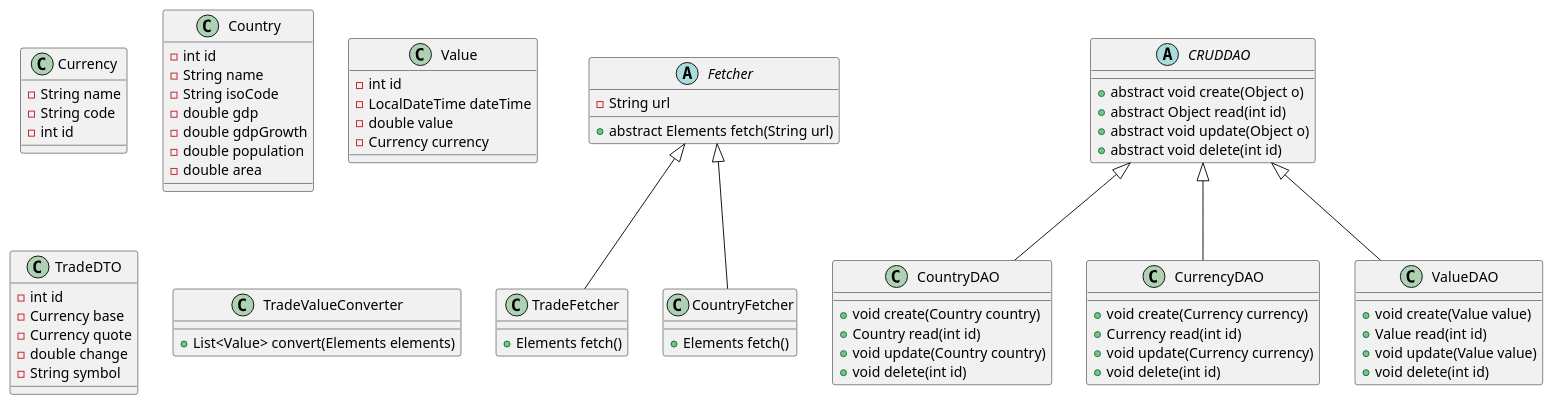
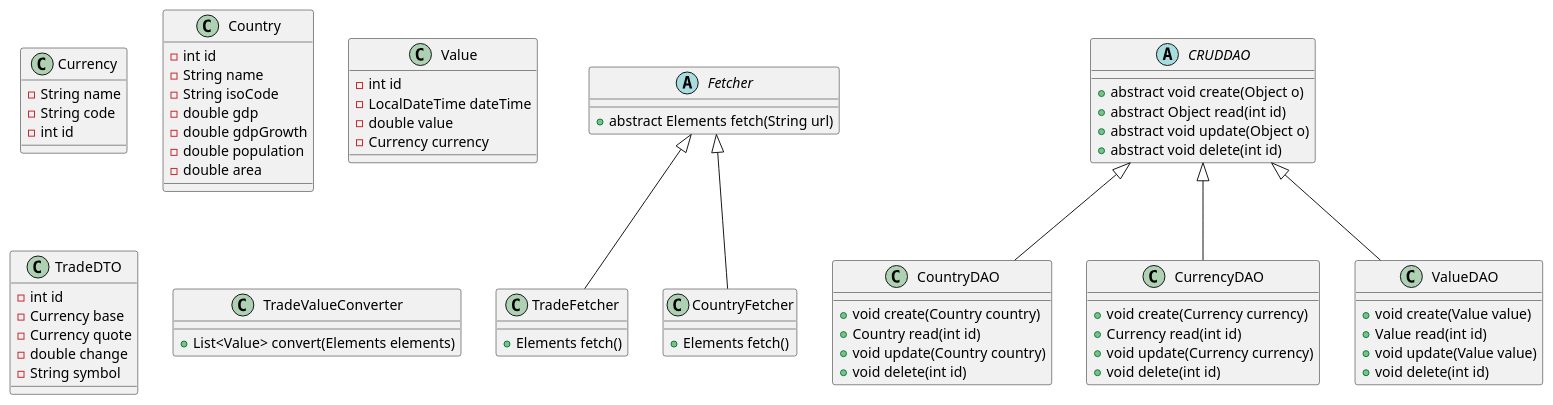
The diagram in Documentation/ClassDiagram.puml (TheRealJackiBoi/java-deepdive-final), drawn with PlantUML before and after one commit. The commit also changed 1 other file, not shown here.

Commit message:
Fetcher made to interface and update to ClassDiagram🍻

```diff
--- a/Documentation/ClassDiagram.puml
+++ b/Documentation/ClassDiagram.puml
@@ -1,89 +1,87 @@
 @startuml
 'https://plantuml.com/class-diagram
 
 
 
 class Currency {
     -String name
     -String code
     -int id
 }
 
 class Country {
     -int id
     -String name
     -String isoCode
     -double gdp
     -double gdpGrowth
     -double population
     -double area
 }
 
 class Value {
     -int id
     -LocalDateTime dateTime
     -double value
     -Currency currency
 }
 
 class TradeDTO {
     -int id
     -Currency base
     -Currency quote
     -double change
     -String symbol
 }
 
 abstract class Fetcher {
-    -String url
-
     +abstract Elements fetch(String url)
 }
 
 class TradeFetcher extends Fetcher {
 
     +Elements fetch()
 }
 
 class CountryFetcher extends Fetcher {
 
     +Elements fetch()
 }
 
 abstract class CRUDDAO {
     +abstract void create(Object o)
     +abstract Object read(int id)
     +abstract void update(Object o)
     +abstract void delete(int id)
 }
 
 class CountryDAO extends CRUDDAO{
     +void create(Country country)
     +Country read(int id)
     +void update(Country country)
     +void delete(int id)
 }
 
 class CurrencyDAO extends CRUDDAO{
     +void create(Currency currency)
     +Currency read(int id)
     +void update(Currency currency)
     +void delete(int id)
 }
 
 class ValueDAO extends CRUDDAO{
     +void create(Value value)
     +Value read(int id)
     +void update(Value value)
     +void delete(int id)
 }
 
 class TradeValueConverter {
     +List<Value> convert(Elements elements)
 }
 
 
 
 
 
 @enduml
```
